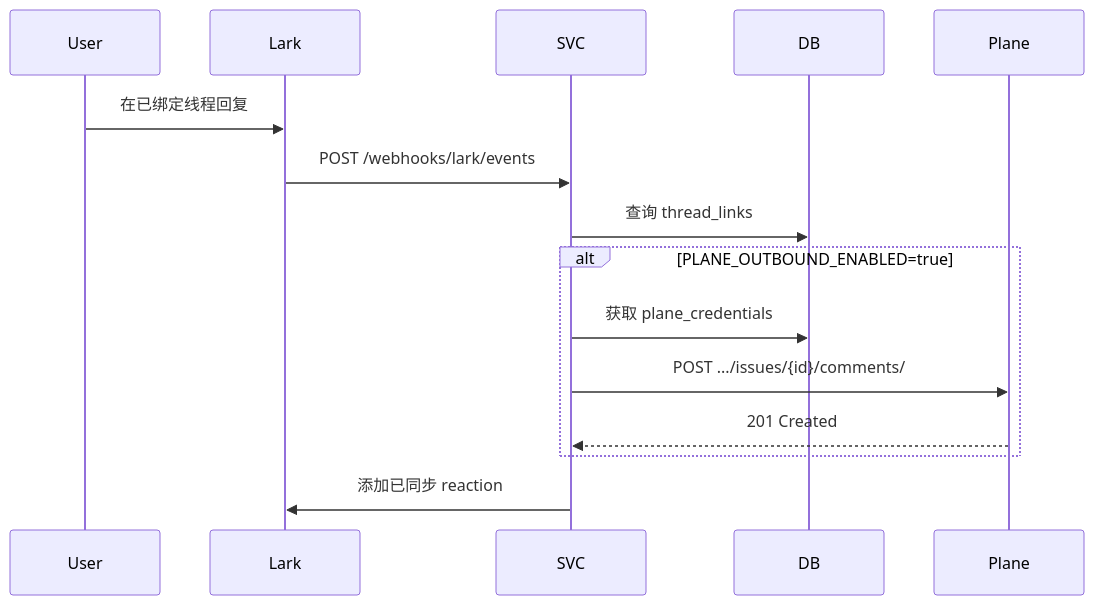
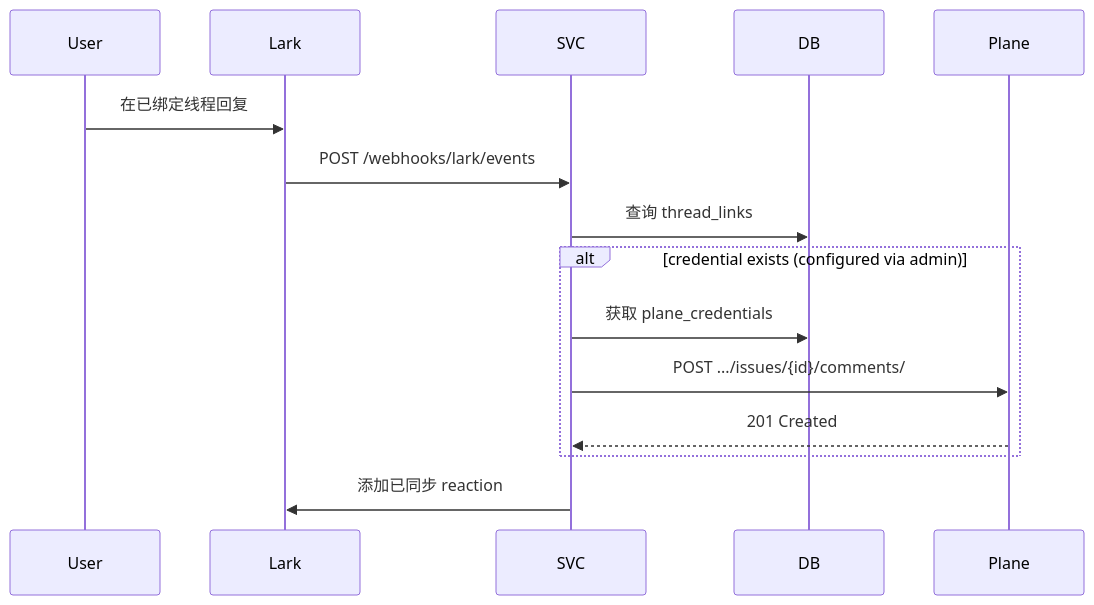
One commit to CheneyDev/Cabb changed the fourth of 5 diagrams in docs/design/feishu-integration-webhook-only.md. Above: the diagram before and after it, drawn with Mermaid. The commit also changed other lines of this file and 17 other files, not shown here.

First line of the commit message:
feat(plane): 实现凭据管理 + 移除 PLANE_OUTBOUND_ENABLED 开关

````diff
--- a/docs/design/feishu-integration-webhook-only.md
+++ b/docs/design/feishu-integration-webhook-only.md
@@ -191,12 +191,12 @@
 ```mermaid
 sequenceDiagram
   User->>Lark: 在已绑定线程回复
   Lark->>SVC: POST /webhooks/lark/events
   SVC->>DB: 查询 thread_links
-  alt PLANE_OUTBOUND_ENABLED=true
+  alt credential exists (configured via admin)
     SVC->>DB: 获取 plane_credentials
     SVC->>Plane: POST .../issues/{id}/comments/
     Plane-->>SVC: 201 Created
   end
   SVC->>Lark: 添加已同步 reaction
 ```
````
